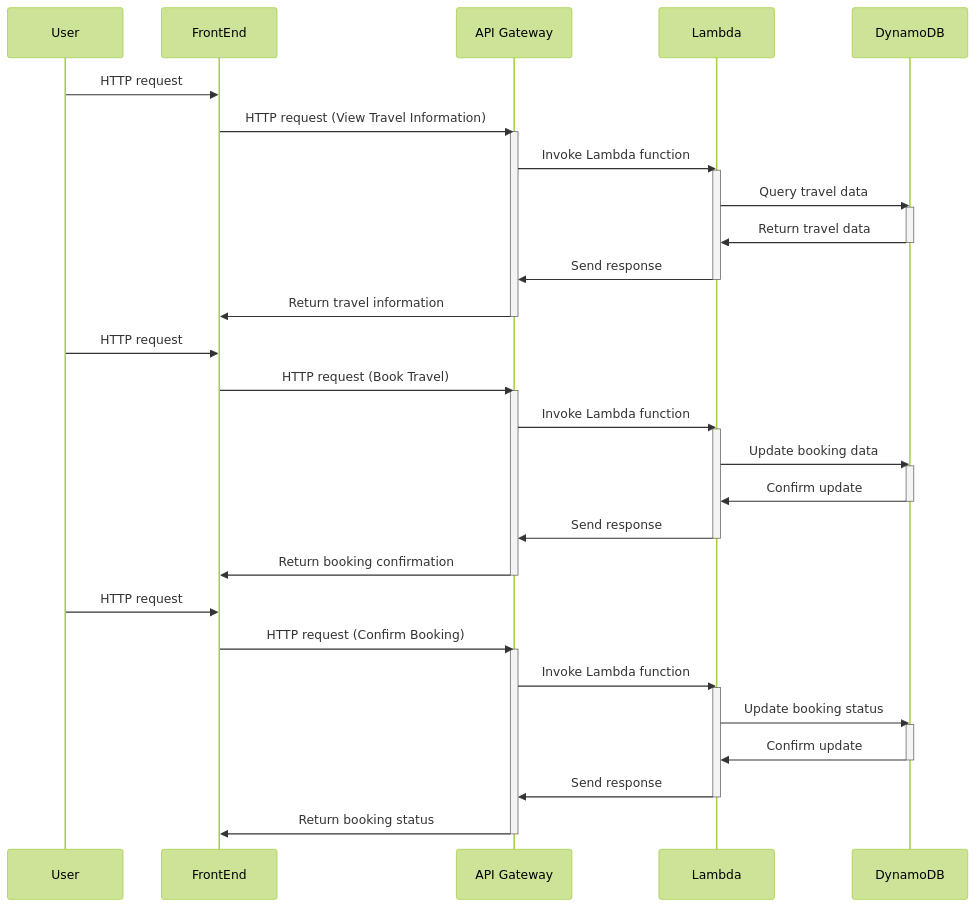
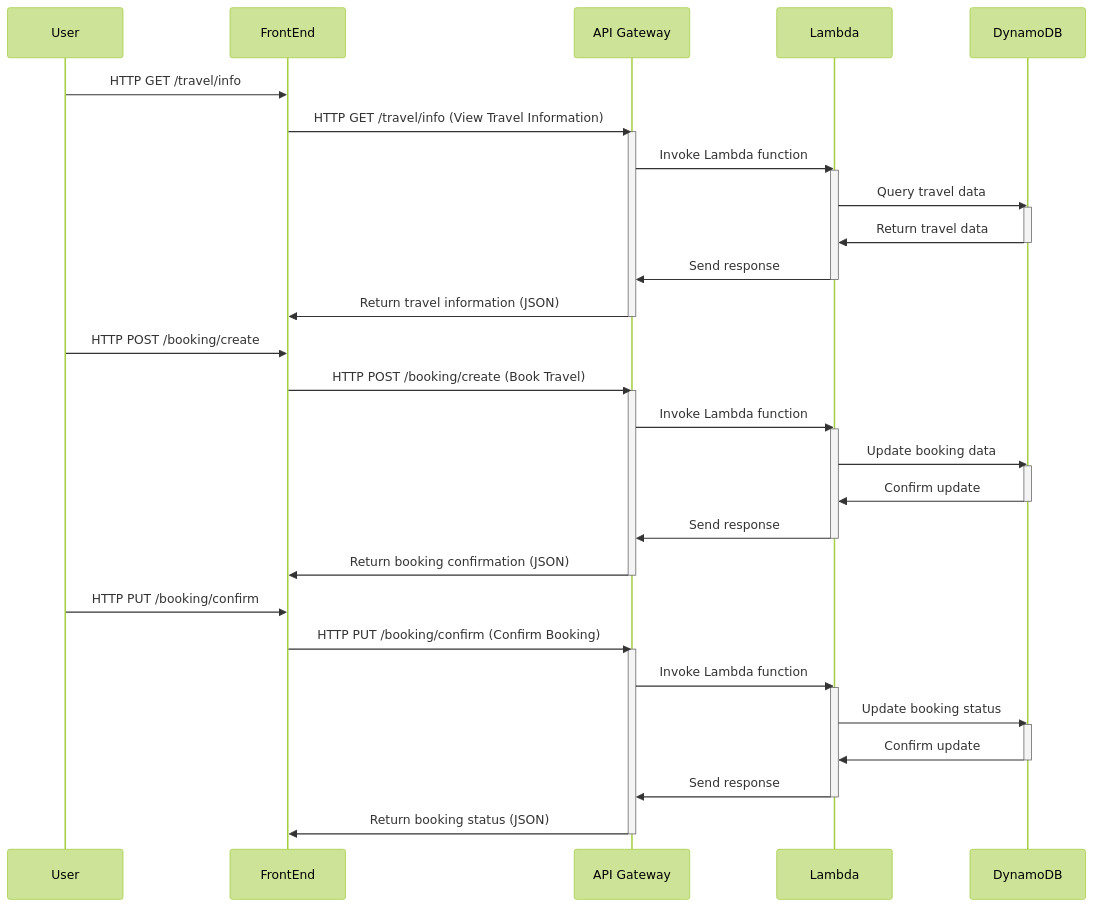
The diagram in all/未命名.md (seven8301/iodraw-files), drawn with Mermaid (forest theme) before and after one commit.

Commit message:
2024-10-12 13:26:13 update

````diff
--- a/all/未命名.md
+++ b/all/未命名.md
@@ -1,51 +1,51 @@
 ```mermaid
 sequenceDiagram
     participant User
     participant FrontEnd
     participant API Gateway
     participant Lambda
     participant DynamoDB
 
-    User->>FrontEnd: HTTP request
-    FrontEnd->>API Gateway: HTTP request (View Travel Information)
+    User->>FrontEnd: HTTP GET /travel/info
+    FrontEnd->>API Gateway: HTTP GET /travel/info (View Travel Information)
     activate API Gateway
     API Gateway->>Lambda: Invoke Lambda function
     activate Lambda
     Lambda->>DynamoDB: Query travel data
     activate DynamoDB
     DynamoDB->>Lambda: Return travel data
     deactivate DynamoDB
     Lambda->>API Gateway: Send response
     deactivate Lambda
-    API Gateway->>FrontEnd: Return travel information
+    API Gateway->>FrontEnd: Return travel information (JSON)
     deactivate API Gateway
 
-    User->>FrontEnd: HTTP request
-    FrontEnd->>API Gateway: HTTP request (Book Travel)
+    User->>FrontEnd: HTTP POST /booking/create
+    FrontEnd->>API Gateway: HTTP POST /booking/create (Book Travel)
     activate API Gateway
     API Gateway->>Lambda: Invoke Lambda function
     activate Lambda
     Lambda->>DynamoDB: Update booking data
     activate DynamoDB
     DynamoDB->>Lambda: Confirm update
     deactivate DynamoDB
     Lambda->>API Gateway: Send response
     deactivate Lambda
-    API Gateway->>FrontEnd: Return booking confirmation
+    API Gateway->>FrontEnd: Return booking confirmation (JSON)
     deactivate API Gateway
 
-    User->>FrontEnd: HTTP request
-    FrontEnd->>API Gateway: HTTP request (Confirm Booking)
+    User->>FrontEnd: HTTP PUT /booking/confirm
+    FrontEnd->>API Gateway: HTTP PUT /booking/confirm (Confirm Booking)
     activate API Gateway
     API Gateway->>Lambda: Invoke Lambda function
     activate Lambda
     Lambda->>DynamoDB: Update booking status
     activate DynamoDB
     DynamoDB->>Lambda: Confirm update
     deactivate DynamoDB
     Lambda->>API Gateway: Send response
     deactivate Lambda
-    API Gateway->>FrontEnd: Return booking status
+    API Gateway->>FrontEnd: Return booking status (JSON)
     deactivate API Gateway
 
 ```
````
